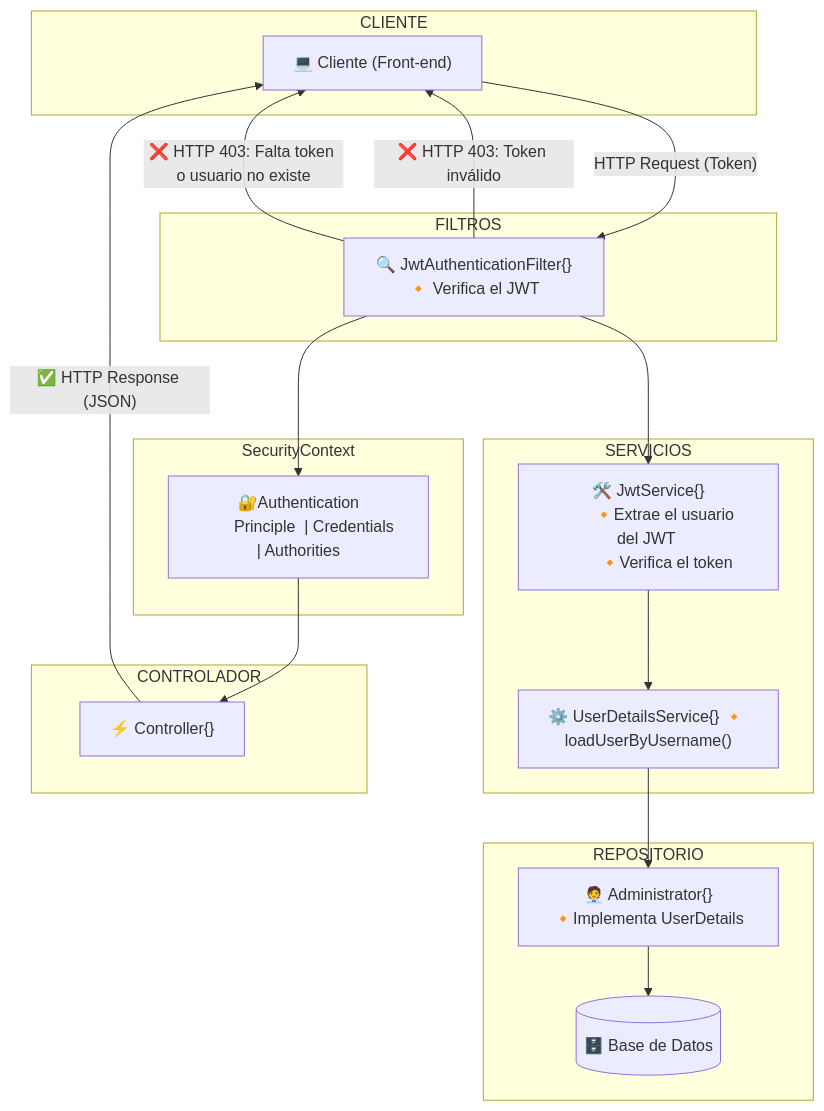
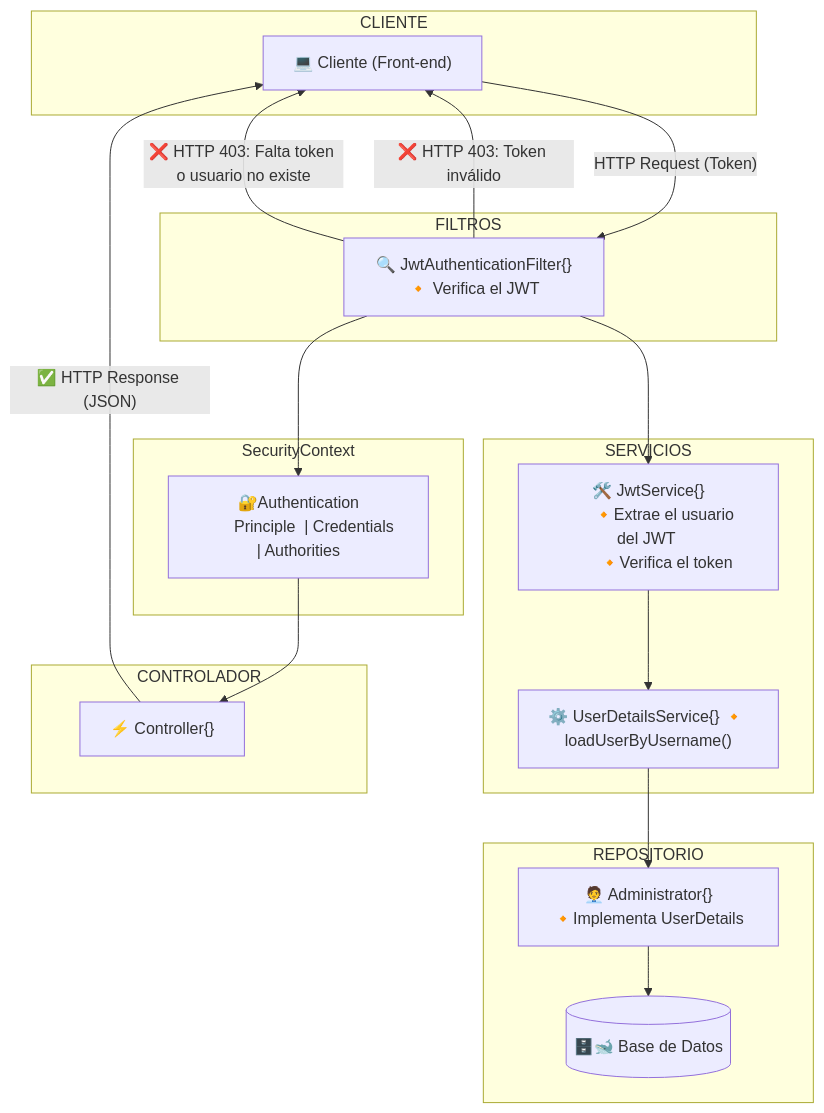
The fourth of 4 diagrams in README.md (asobrados03/HotelManagementAPI), drawn with Mermaid before and after one commit.

````diff
--- a/README.md
+++ b/README.md
@@ -133,46 +133,46 @@
 ```mermaid
 graph TD;
     subgraph CLIENTE
         Cliente["💻 Cliente (Front-end)"]
     end
 
     subgraph FILTROS
         JwtFilter["🔍 JwtAuthenticationFilter{}🔸 Verifica el JWT"]
     end
 
     subgraph SERVICIOS
         JwtService["🛠️ JwtService{}
         🔸Extrae el usuario del JWT 
         🔸Verifica el token"]
         UserDetailsService["⚙️ UserDetailsService{} 🔸 loadUserByUsername()"]
     end
 
     subgraph REPOSITORIO
         User["🧑‍💼 Administrator{}🔸Implementa UserDetails"]
-        DB[("🗄️ Base de Datos")]
+        DB[("🗄️🐋 Base de Datos")]
     end
 
     subgraph SecurityContext
         Authentication["🔐Authentication
         Principle  | Credentials | Authorities"]
     end
 
     subgraph CONTROLADOR
         Controller["⚡ Controller{}"]
     end
 
     %% Flujo del proceso de validación JWT
     Cliente -- "HTTP Request (Token)" --> JwtFilter
     JwtFilter --> JwtService
     JwtService --> UserDetailsService
     UserDetailsService --> User
     User --> DB
 
     JwtFilter --> Authentication
     Authentication --> Controller
     Controller -- "✅ HTTP Response (JSON)" --> Cliente
 
     %% Manejo de errores (403)
     JwtFilter -- "❌ HTTP 403: Token inválido" --> Cliente
     JwtFilter -- "❌ HTTP 403: Falta token o usuario no existe" --> Cliente
 ```
````
